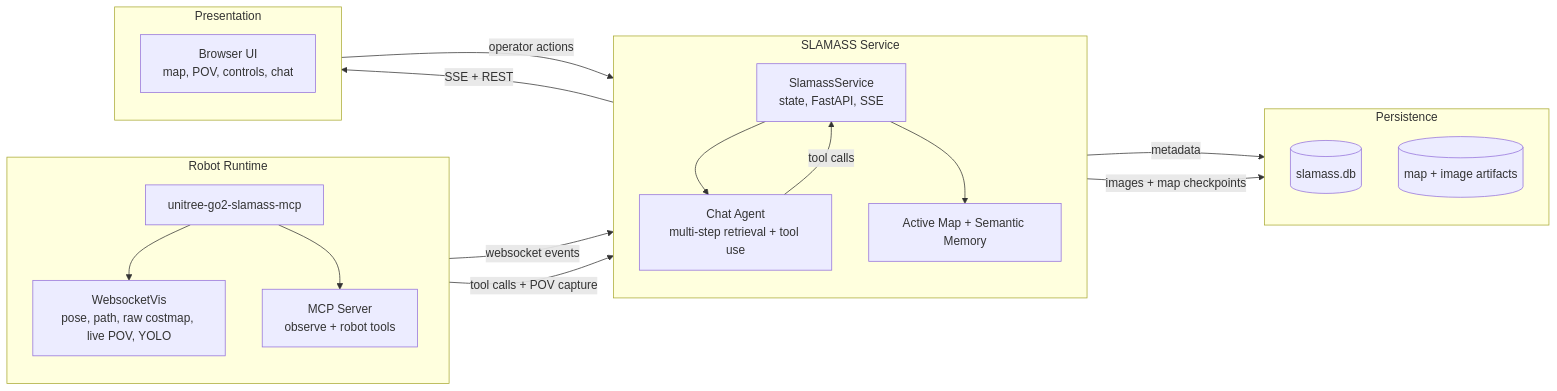
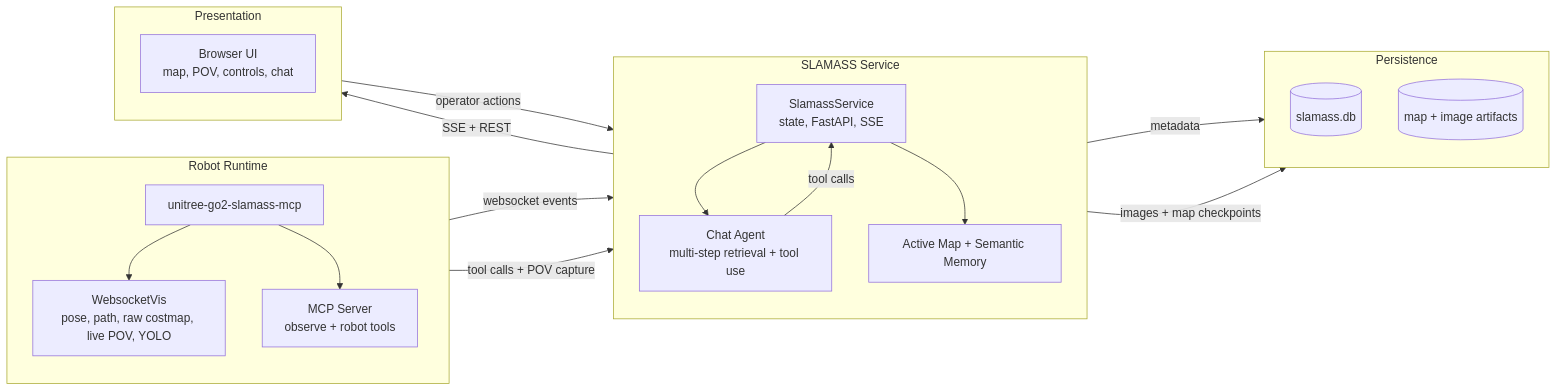
Before and after one commit to sherifnafie/dimos-slamass: the diagram in dimos/slamass/README.md, drawn with Mermaid. The commit also changed 1 other file, not shown here.

Commit message:
docs: reorder SLAMASS diagram layout

````diff
--- a/dimos/slamass/README.md
+++ b/dimos/slamass/README.md
@@ -16,39 +16,40 @@
 ```mermaid
 flowchart LR
     subgraph Runtime["Robot Runtime"]
         direction TB
         Stack[unitree-go2-slamass-mcp]
         WS[WebsocketVis<br/>pose, path, raw costmap, live POV, YOLO]
         MCP[MCP Server<br/>observe + robot tools]
         Stack --> WS
         Stack --> MCP
     end
 
     subgraph Sidecar["SLAMASS Service"]
         direction TB
         Service[SlamassService<br/>state, FastAPI, SSE]
         Agent[Chat Agent<br/>multi-step retrieval + tool use]
         State[Active Map + Semantic Memory]
         Service --> Agent
         Agent -->|tool calls| Service
         Service --> State
     end
 
+    subgraph UI["Presentation"]
+        direction TB
+        Browser[Browser UI<br/>map, POV, controls, chat]
+    end
+
     subgraph Storage["Persistence"]
         direction TB
         DB[(slamass.db)]
         Files[(map + image artifacts)]
     end
 
-    subgraph UI["Presentation"]
-        direction TB
-        Browser[Browser UI<br/>map, POV, controls, chat]
-    end
-
     WS -->|websocket events| Service
     MCP -->|tool calls + POV capture| Service
     Service -->|SSE + REST| Browser
     Browser -->|operator actions| Service
+    Browser ~~~ DB
     Service -->|metadata| DB
     Service -->|images + map checkpoints| Files
 ```
````
